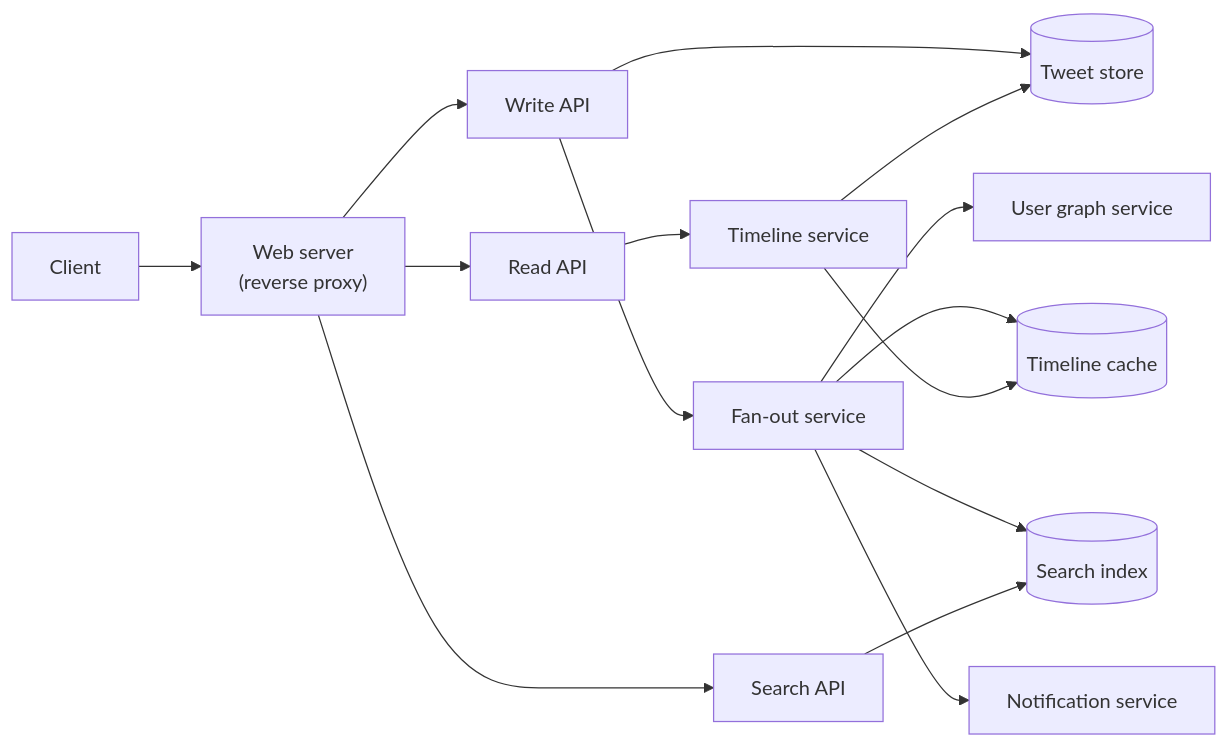
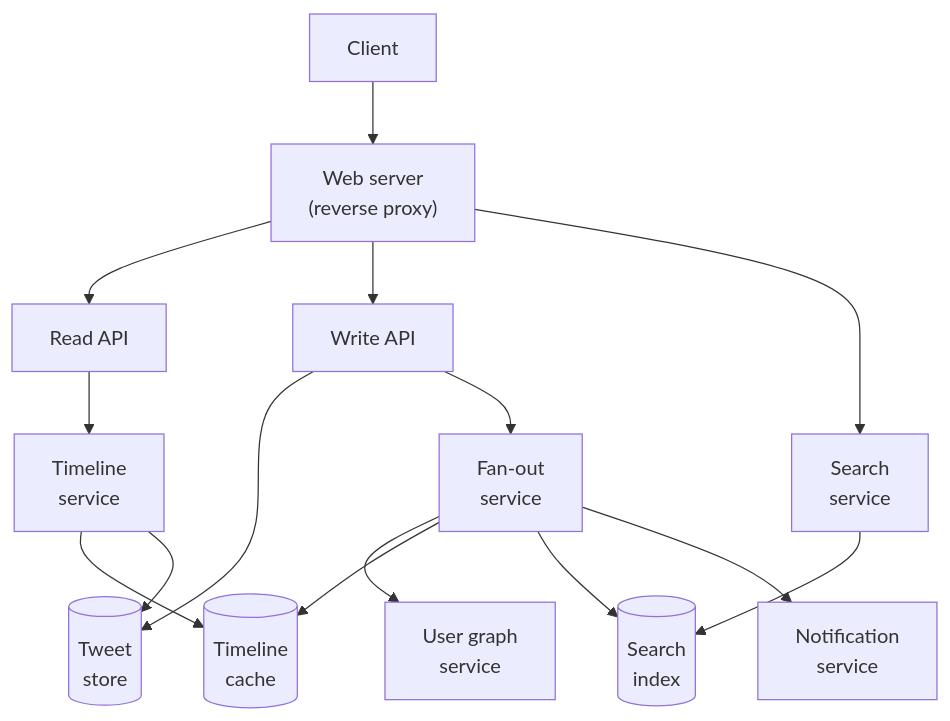
The first of 3 diagrams in src/content/docs/practice/twitter-timeline.mdx (butyavk/system-design), drawn with Mermaid before and after one commit. The commit also changed other lines of this file and 144 other files, not shown here.

````diff
--- a/src/content/docs/practice/twitter-timeline.mdx
+++ b/src/content/docs/practice/twitter-timeline.mdx
@@ -63,17 +63,17 @@
 ```mermaid
-flowchart LR
+flowchart TB
   client["Client"] --> web["Web server<br/>(reverse proxy)"]
+  web --> readapi["Read API"]
   web --> writeapi["Write API"]
-  web --> readapi["Read API"]
-  web --> searchapi["Search API"]
-  writeapi --> tweets[("Tweet store")]
-  writeapi --> fanout["Fan-out service"]
-  fanout --> follows["User graph service"]
-  fanout --> tlcache[("Timeline cache")]
-  fanout --> search[("Search index")]
-  fanout --> notify["Notification service"]
-  readapi --> timeline["Timeline service"]
+  web --> searchapi["Search<br/>service"]
+  readapi --> timeline["Timeline<br/>service"]
+  writeapi --> tweets[("Tweet<br/>store")]
+  writeapi --> fanout["Fan-out<br/>service"]
+  fanout --> follows["User graph<br/>service"]
+  fanout --> tlcache[("Timeline<br/>cache")]
+  fanout --> search[("Search<br/>index")]
+  fanout --> notify["Notification<br/>service"]
   timeline --> tlcache
   timeline --> tweets
   searchapi --> search
 ```
````
